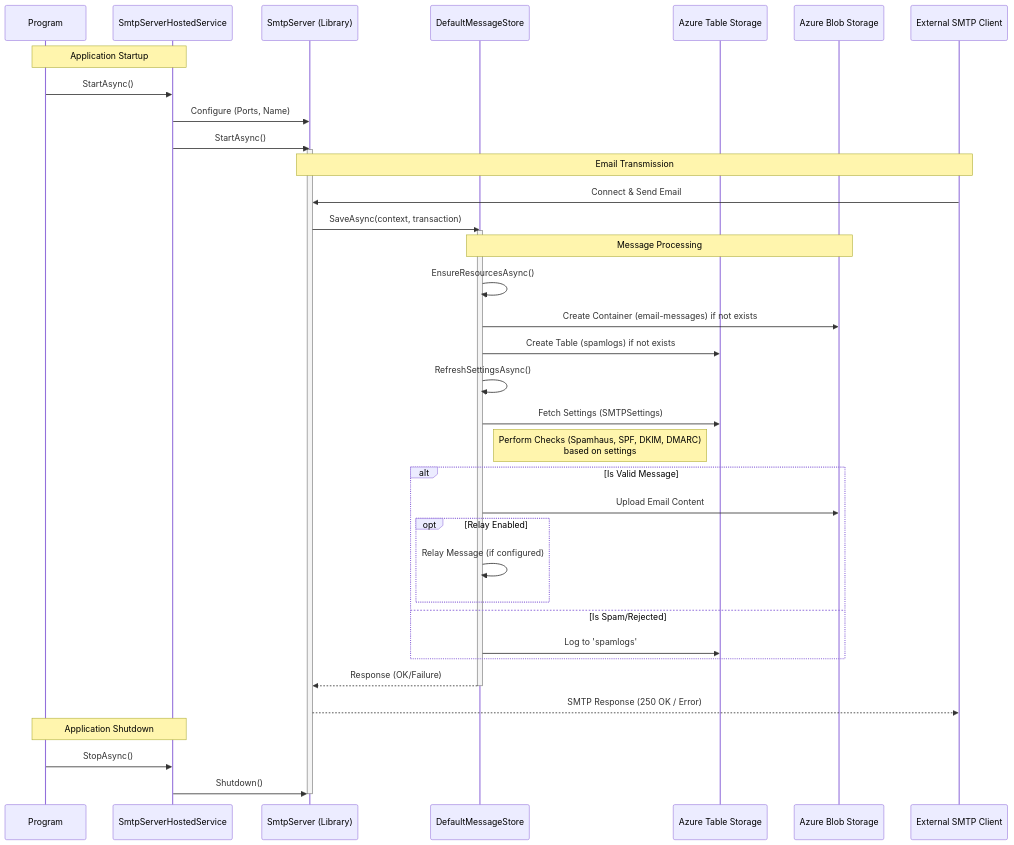
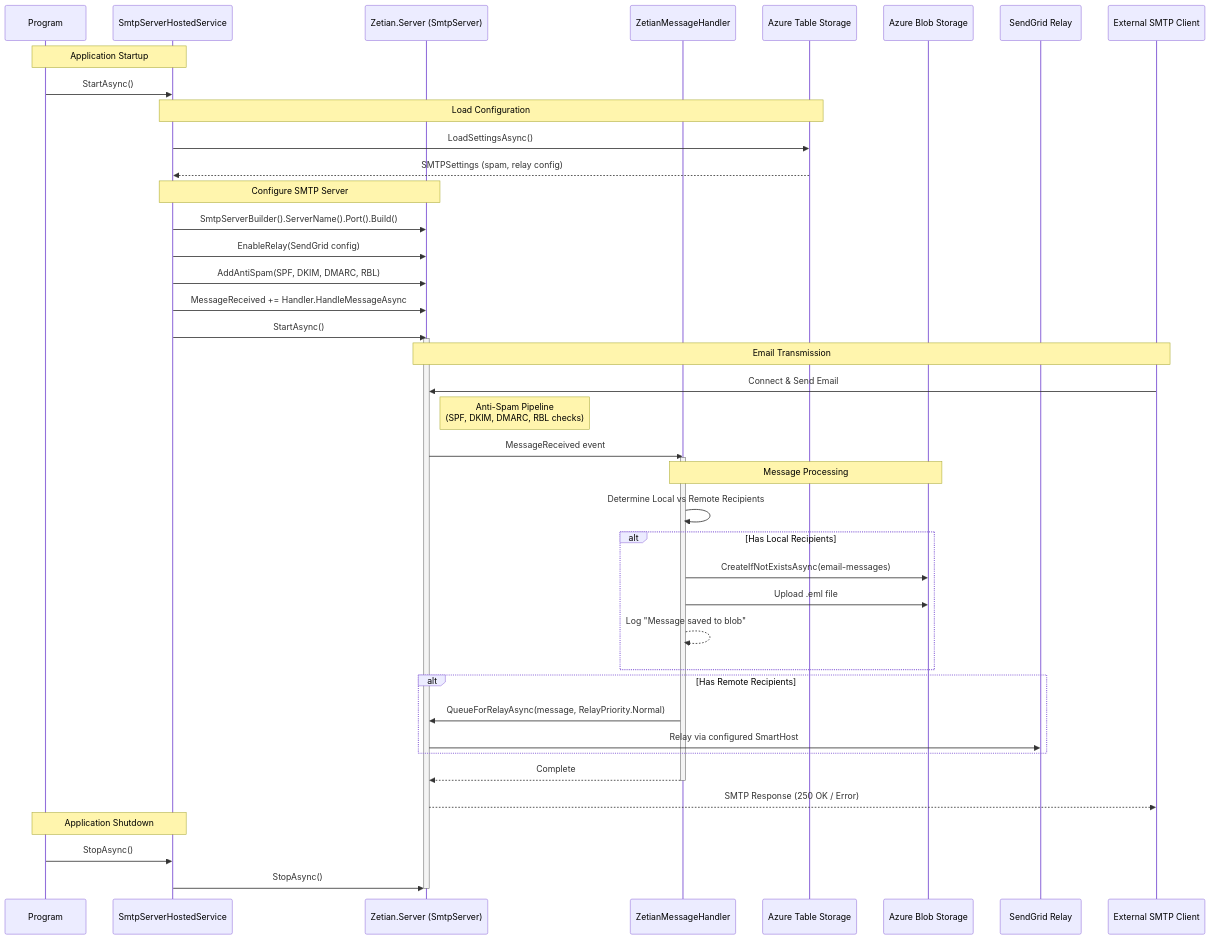
One commit to ADefWebserver/BlazorSMTPForwarder changed the diagram in BlazorSMTPForwarderSrv/Diagram.md. Above: the diagram before and after it, drawn with Mermaid.

Commit message:
Refactor SMTP server to use Zetian.Server and Azure services
Replaced `SmtpServerHostedService` and `SmtpServer (Library)`
with `Zetian.Server` for a modernized and extensible SMTP
architecture. Introduced `ZetianMessageHandler` to handle
message processing, replacing `DefaultMessageStore`.

Updated startup flow to load SMTP settings from Azure Table
Storage and configure `Zetian.Server` with relay support
(SendGrid), anti-spam mechanisms (SPF, DKIM, DMARC, RBL),
and event-driven message handling.

Revised email transmission to route through `Zetian.Server`
with an explicit anti-spam pipeline. Local messages are now
saved to Azure Blob Storage, and remote messages are relayed
via SendGrid.

Removed legacy `DefaultMessageStore` logic for resource
creation, settings refresh, and spam/rejected message logging.
Updated shutdown flow to stop `Zetian.Server`.

The updated architecture leverages Azure services and SendGrid
for improved scalability, reliability, and anti-spam capabilities.

````diff
--- a/BlazorSMTPForwarderSrv/Diagram.md
+++ b/BlazorSMTPForwarderSrv/Diagram.md
@@ -5,50 +5,58 @@
 ```mermaid
 sequenceDiagram
     participant Program
     participant HostedService as SmtpServerHostedService
-    participant SmtpLib as SmtpServer (Library)
-    participant Store as DefaultMessageStore
+    participant Zetian as Zetian.Server (SmtpServer)
+    participant Handler as ZetianMessageHandler
     participant Table as Azure Table Storage
     participant Blob as Azure Blob Storage
+    participant SendGrid as SendGrid Relay
     participant Client as External SMTP Client
 
     Note over Program, HostedService: Application Startup
     Program->>HostedService: StartAsync()
-    HostedService->>SmtpLib: Configure (Ports, Name)
-    HostedService->>SmtpLib: StartAsync()
-    activate SmtpLib
+    
+    Note over HostedService, Table: Load Configuration
+    HostedService->>Table: LoadSettingsAsync()
+    Table-->>HostedService: SMTPSettings (spam, relay config)
+    
+    Note over HostedService, Zetian: Configure SMTP Server
+    HostedService->>Zetian: SmtpServerBuilder().ServerName().Port().Build()
+    HostedService->>Zetian: EnableRelay(SendGrid config)
+    HostedService->>Zetian: AddAntiSpam(SPF, DKIM, DMARC, RBL)
+    HostedService->>Zetian: MessageReceived += Handler.HandleMessageAsync
+    HostedService->>Zetian: StartAsync()
+    activate Zetian
 
-    Note over Client, SmtpLib: Email Transmission
-    Client->>SmtpLib: Connect & Send Email
-    SmtpLib->>Store: SaveAsync(context, transaction)
-    activate Store
+    Note over Client, Zetian: Email Transmission
+    Client->>Zetian: Connect & Send Email
+    
+    Note right of Zetian: Anti-Spam Pipeline<br/>(SPF, DKIM, DMARC, RBL checks)
+    
+    Zetian->>Handler: MessageReceived event
+    activate Handler
 
-    Note over Store, Blob: Message Processing
-    Store->>Store: EnsureResourcesAsync()
-    Store->>Blob: Create Container (email-messages) if not exists
-    Store->>Table: Create Table (spamlogs) if not exists
+    Note over Handler, Blob: Message Processing
+    Handler->>Handler: Determine Local vs Remote Recipients
     
-    Store->>Store: RefreshSettingsAsync()
-    Store->>Table: Fetch Settings (SMTPSettings)
+    alt Has Local Recipients
+        Handler->>Blob: CreateIfNotExistsAsync(email-messages)
+        Handler->>Blob: Upload .eml file
+        Handler-->>Handler: Log "Message saved to blob"
+    end
     
-    Note right of Store: Perform Checks (Spamhaus, SPF, DKIM, DMARC)<br/>based on settings
-    
-    alt Is Valid Message
-        Store->>Blob: Upload Email Content
-        opt Relay Enabled
-            Store->>Store: Relay Message (if configured)
-        end
-    else Is Spam/Rejected
-        Store->>Table: Log to 'spamlogs'
+    alt Has Remote Recipients
+        Handler->>Zetian: QueueForRelayAsync(message, RelayPriority.Normal)
+        Zetian->>SendGrid: Relay via configured SmartHost
     end
 
-    Store-->>SmtpLib: Response (OK/Failure)
-    deactivate Store
+    Handler-->>Zetian: Complete
+    deactivate Handler
 
-    SmtpLib-->>Client: SMTP Response (250 OK / Error)
+    Zetian-->>Client: SMTP Response (250 OK / Error)
     
     Note over Program, HostedService: Application Shutdown
     Program->>HostedService: StopAsync()
-    HostedService->>SmtpLib: Shutdown()
-    deactivate SmtpLib
+    HostedService->>Zetian: StopAsync()
+    deactivate Zetian
 ```
````
